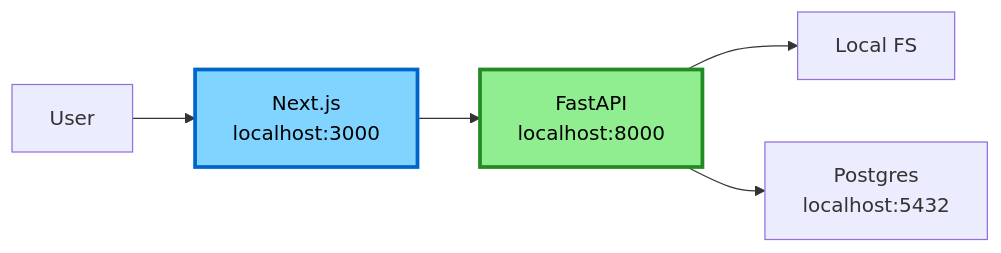
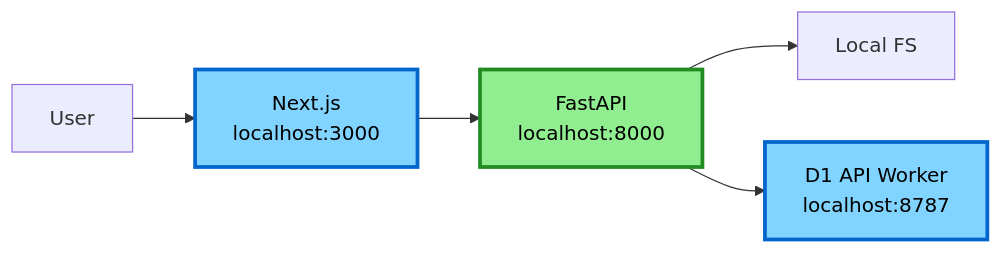
The second of 2 diagrams in docs/DEVELOPMENT.md (ucdavis/accessible-pdf-rocky), drawn with Mermaid before and after one commit. The commit also changed other lines of this file and 37 other files, not shown here.

````diff
--- a/docs/DEVELOPMENT.md
+++ b/docs/DEVELOPMENT.md
@@ -28,10 +28,11 @@
 ```mermaid
 flowchart LR
     A[User] --> B[Next.js<br/>localhost:3000]
     B --> C[FastAPI<br/>localhost:8000]
     C --> D[Local FS]
-    C --> E[Postgres<br/>localhost:5432]
+    C --> E[D1 API Worker<br/>localhost:8787]
     
     style B fill:#80d4ff,stroke:#0066cc,stroke-width:3px,color:#000
     style C fill:#90ee90,stroke:#228b22,stroke-width:3px,color:#000
+    style E fill:#80d4ff,stroke:#0066cc,stroke-width:3px,color:#000
 ```
````
